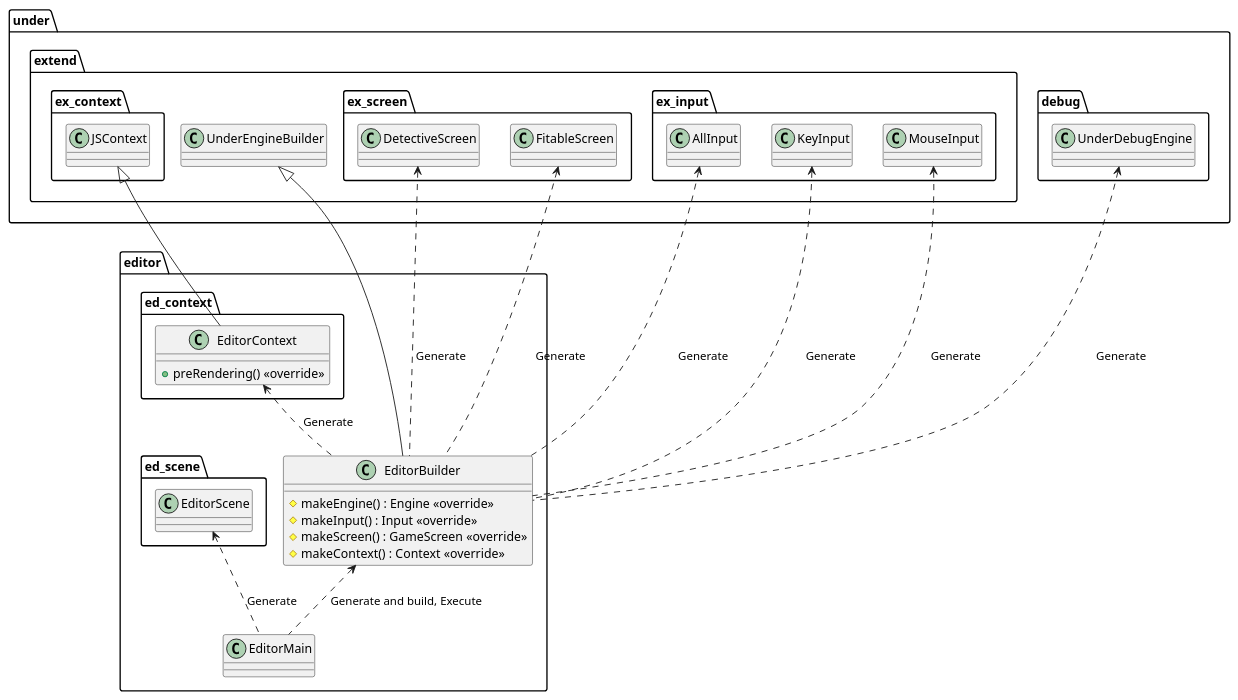
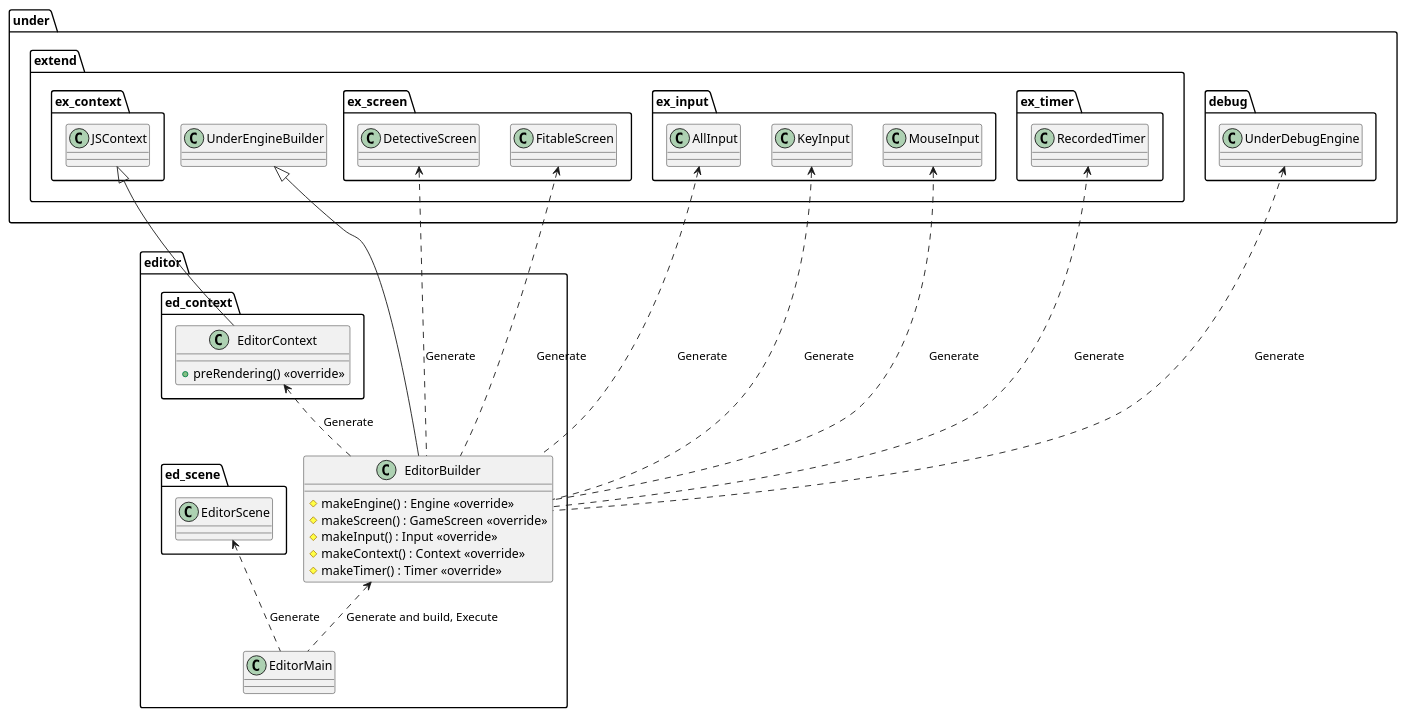
One commit to Expine/Under changed the diagram in uml/editor/GameBase.wsd. Above: the diagram before and after it, drawn with PlantUML. The commit also changed 25 other files, not shown here.

Commit message:
Fix editor uml, abstract editor function

```diff
--- a/uml/editor/GameBase.wsd
+++ b/uml/editor/GameBase.wsd
@@ -1,59 +1,65 @@
 @startuml EditorGameBase
 
 package editor {
     class EditorMain
     class EditorBuilder {
         #makeEngine() : Engine <<override>>
+        #makeScreen() : GameScreen <<override>>
         #makeInput() : Input <<override>>
-        #makeScreen() : GameScreen <<override>>
         #makeContext() : Context <<override>>
+        #makeTimer() : Timer <<override>>
     }
 
     package ed_context {
         class EditorContext {
             +preRendering() <<override>>
         }
     }
 }
 
 package under {
     package extend {
         class UnderEngineBuilder
         package ex_context {
             class JSContext
         }
         package ex_screen {
             class DetectiveScreen
             class FitableScreen
         }
         package ex_input {
             class AllInput
             class KeyInput
             class MouseInput
         }
+        package ex_timer {
+            class RecordedTimer
+        }
     }
     package debug {
         class UnderDebugEngine
     }
 }
 
 package editor {
     package ed_scene {
         class EditorScene
     }
 }
 
 EditorBuilder <.. EditorMain : Generate and build, Execute
 EditorScene <.. EditorMain : Generate
+
 UnderDebugEngine <.. EditorBuilder : Generate
 DetectiveScreen <.. EditorBuilder : Generate
 FitableScreen <.. EditorBuilder : Generate
 EditorContext <.. EditorBuilder : Generate
 AllInput <.. EditorBuilder : Generate
 KeyInput <.. EditorBuilder : Generate
 MouseInput <.. EditorBuilder : Generate
+RecordedTimer <.. EditorBuilder : Generate
 
 UnderEngineBuilder <|--- EditorBuilder
 JSContext <|-- EditorContext
 
 @enduml
```
